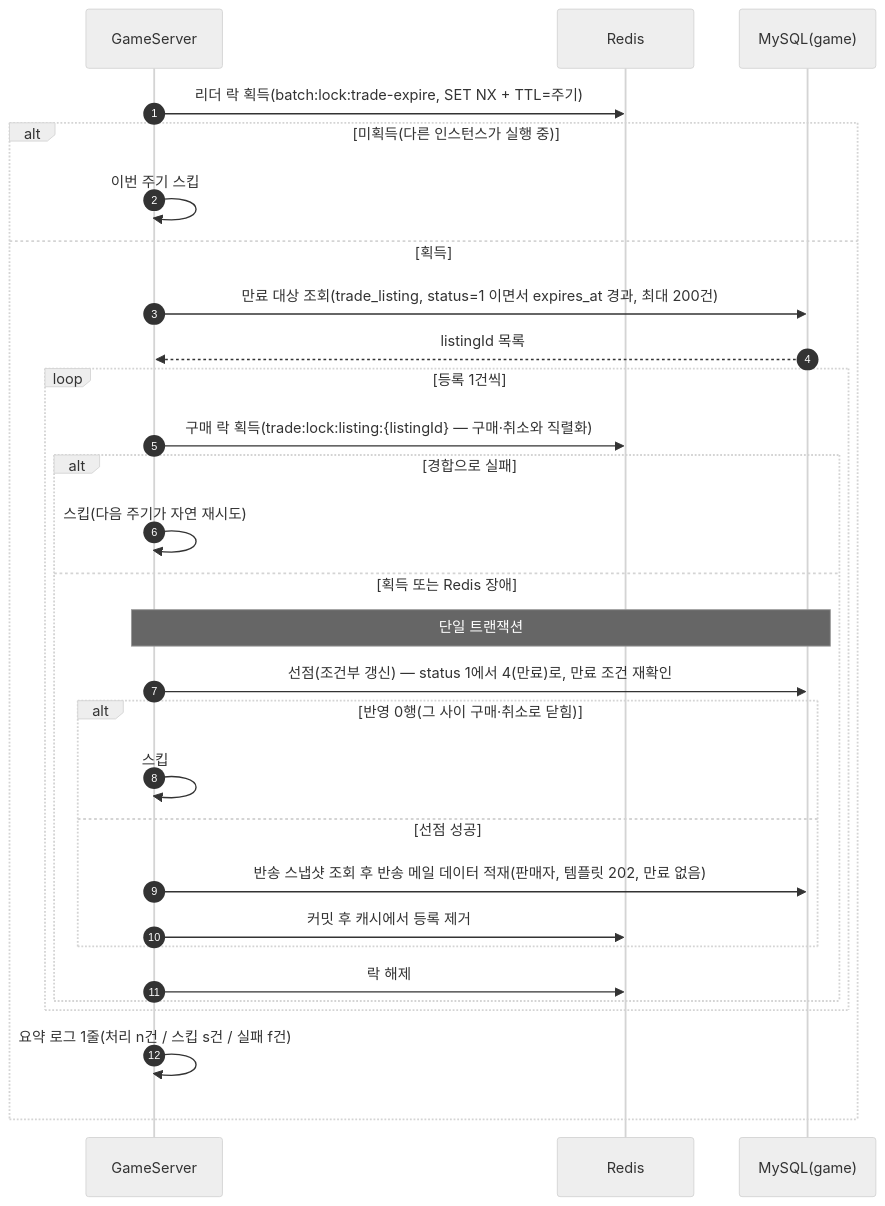
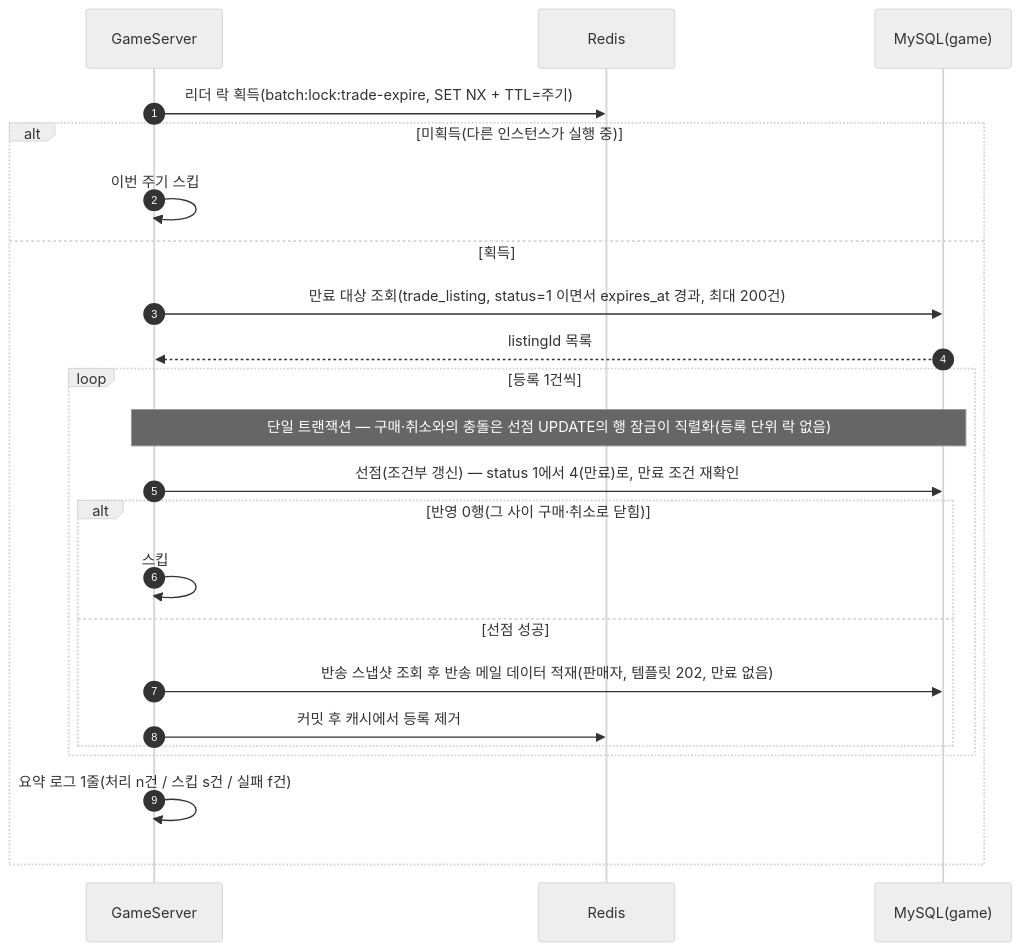
Before and after one commit to ks-wook/com2us-taskbar-hero: diagram 29 of 35 in SequenceDiagram/README.md, drawn with Mermaid (neutral theme). The commit also changed other lines of this file and 8 other files, not shown here.

````diff
--- a/SequenceDiagram/README.md
+++ b/SequenceDiagram/README.md
@@ -962,32 +952,26 @@
 ```mermaid
 sequenceDiagram
     autonumber
     participant S as GameServer
     participant R as Redis
     participant DB as MySQL(game)
 
     S->>R: 리더 락 획득(batch:lock:trade-expire, SET NX + TTL=주기)
     alt 미획득(다른 인스턴스가 실행 중)
         S->>S: 이번 주기 스킵
     else 획득
         S->>DB: 만료 대상 조회(trade_listing, status=1 이면서 expires_at 경과, 최대 200건)
         DB-->>S: listingId 목록
         loop 등록 1건씩
-            S->>R: 구매 락 획득(trade:lock:listing:{listingId} — 구매·취소와 직렬화)
-            alt 경합으로 실패
-                S->>S: 스킵(다음 주기가 자연 재시도)
-            else 획득 또는 Redis 장애
-                Note over S,DB: 단일 트랜잭션
-                S->>DB: 선점(조건부 갱신) — status 1에서 4(만료)로, 만료 조건 재확인
-                alt 반영 0행(그 사이 구매·취소로 닫힘)
-                    S->>S: 스킵
-                else 선점 성공
-                    S->>DB: 반송 스냅샷 조회 후 반송 메일 데이터 적재(판매자, 템플릿 202, 만료 없음)
-                    S->>R: 커밋 후 캐시에서 등록 제거
-                end
-                S->>R: 락 해제
+            Note over S,DB: 단일 트랜잭션 — 구매·취소와의 충돌은 선점 UPDATE의 행 잠금이 직렬화(등록 단위 락 없음)
+            S->>DB: 선점(조건부 갱신) — status 1에서 4(만료)로, 만료 조건 재확인
+            alt 반영 0행(그 사이 구매·취소로 닫힘)
+                S->>S: 스킵
+            else 선점 성공
+                S->>DB: 반송 스냅샷 조회 후 반송 메일 데이터 적재(판매자, 템플릿 202, 만료 없음)
+                S->>R: 커밋 후 캐시에서 등록 제거
             end
         end
         S->>S: 요약 로그 1줄(처리 n건 / 스킵 s건 / 실패 f건)
     end
 ```
````
